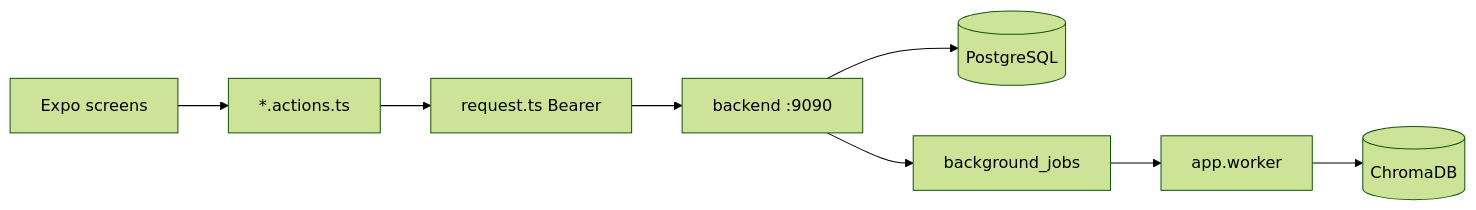
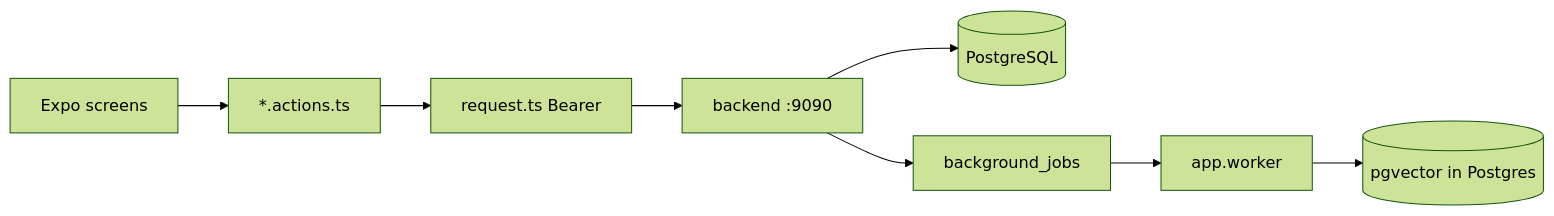
The second of 2 diagrams in frontend/docs/ARCHITECTURE.md (ragsuite/RAGSuite), drawn with Mermaid (forest theme) before and after one commit. The commit also changed other lines of this file and 138 other files, not shown here.

First line of the commit message:
[Refactor] Migrate from Chroma to pgvector for Vector Storage

````diff
--- a/frontend/docs/ARCHITECTURE.md
+++ b/frontend/docs/ARCHITECTURE.md
@@ -145,10 +145,10 @@
 ```mermaid
 flowchart LR
     UI[Expo screens] --> Actions["*.actions.ts"]
     Actions --> Axios["request.ts Bearer"]
     Axios --> API["backend :9090"]
     API --> PG[(PostgreSQL)]
     API --> Jobs[background_jobs]
     Jobs --> Worker[app.worker]
-    Worker --> Chroma[(ChromaDB)]
+    Worker --> PGV[(pgvector in Postgres)]
 ```
````
